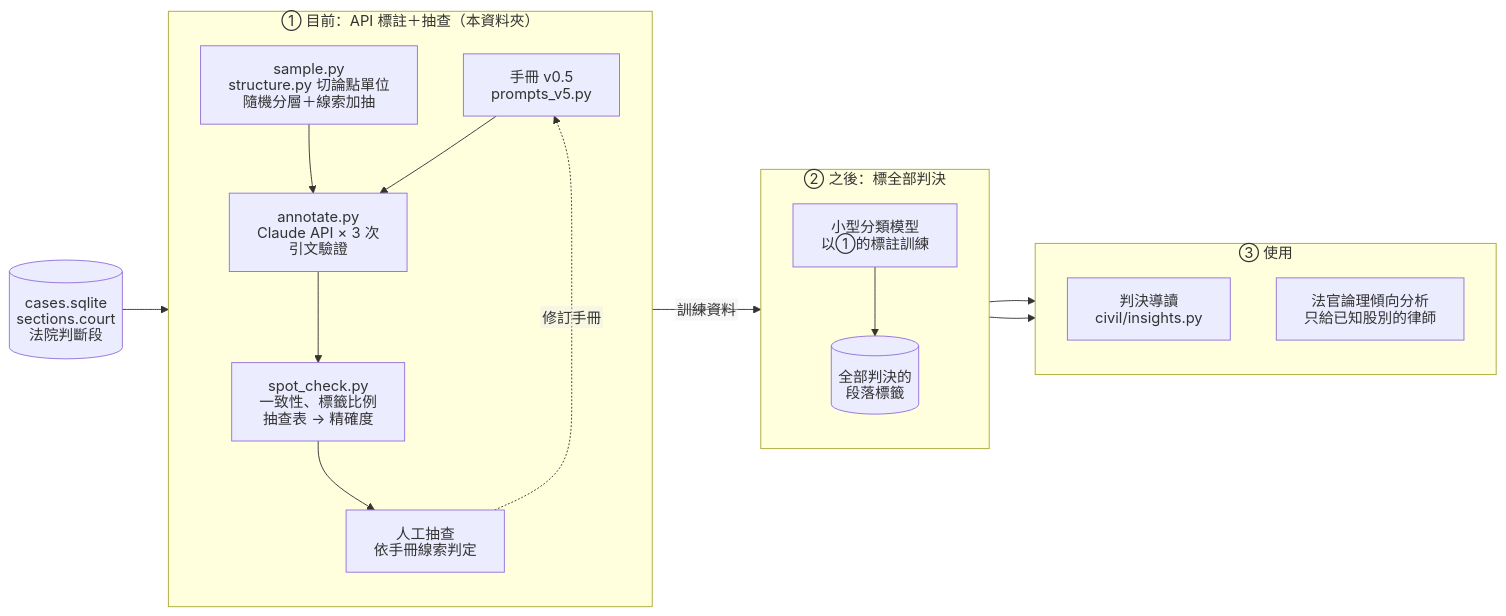
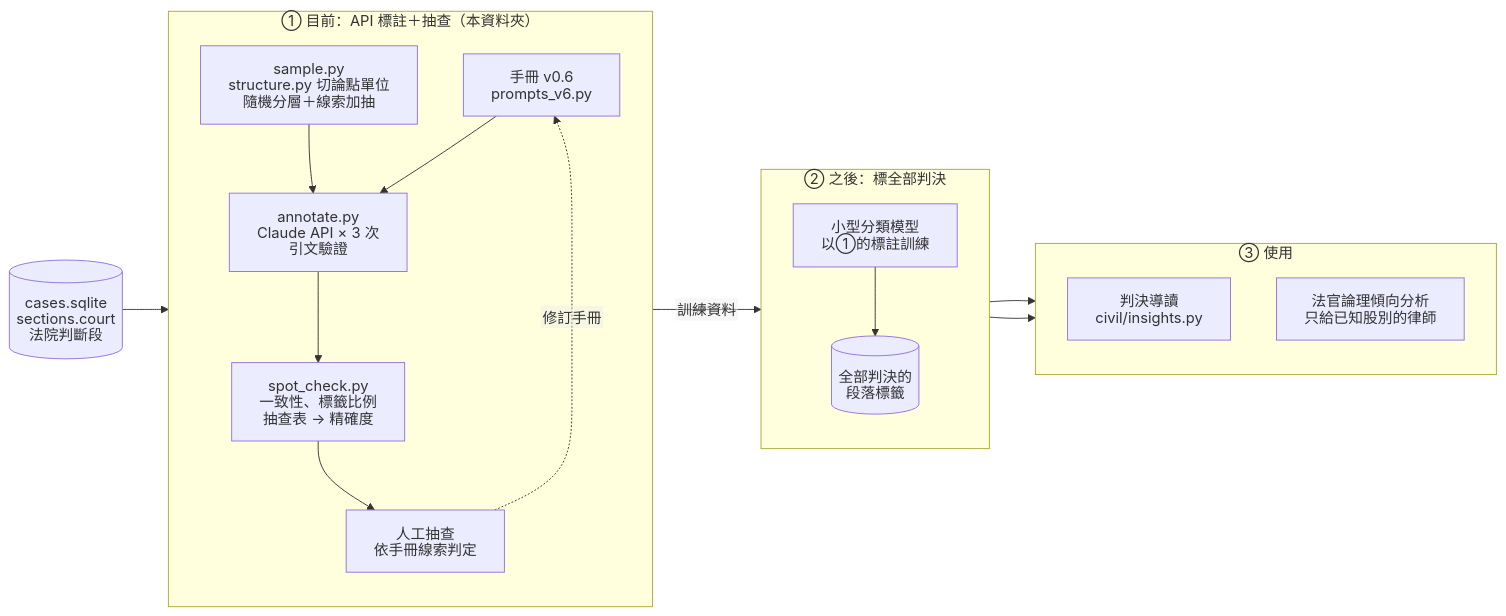
Before and after one commit to yuzuEN/JudgementDigest: the diagram in annotation/README.md, drawn with Mermaid. The commit also changed other lines of this file and 7 other files, not shown here.

````diff
--- a/annotation/README.md
+++ b/annotation/README.md
@@ -25,35 +26,35 @@
 ```mermaid
 %%{init: {"htmlLabels": false, "flowchart": {"htmlLabels": false, "wrappingWidth": 400}}}%%
 flowchart LR
     SRC[("cases.sqlite<br/>sections.court<br/>法院判斷段")]
 
     subgraph NOW["① 目前：API 標註＋抽查（本資料夾）"]
         direction TB
-        M["手冊 v0.5<br/>prompts_v5.py"]
+        M["手冊 v0.6<br/>prompts_v6.py"]
         S["sample.py<br/>structure.py 切論點單位<br/>隨機分層＋線索加抽"]
         A["annotate.py<br/>Claude API × 3 次<br/>引文驗證"]
         C["spot_check.py<br/>一致性、標籤比例<br/>抽查表 → 精確度"]
         H["人工抽查<br/>依手冊線索判定"]
         S --> A --> C --> H
         M --> A
         H -. 修訂手冊 .-> M
     end
 
     subgraph NEXT["② 之後：標全部判決"]
         direction TB
         T["小型分類模型<br/>以①的標註訓練"]
         ALL[("全部判決的<br/>段落標籤")]
         T --> ALL
     end
 
     subgraph USE["③ 使用"]
         direction TB
         G["判決導讀<br/>civil/insights.py"]
         J["法官論理傾向分析<br/>只給已知股別的律師"]
     end
 
     SRC --> S
     C -- 訓練資料 --> T
     ALL --> G
     ALL --> J
 ```
````
